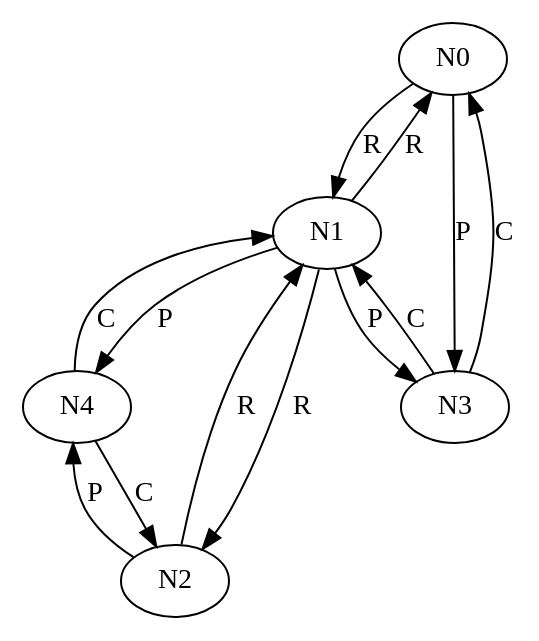
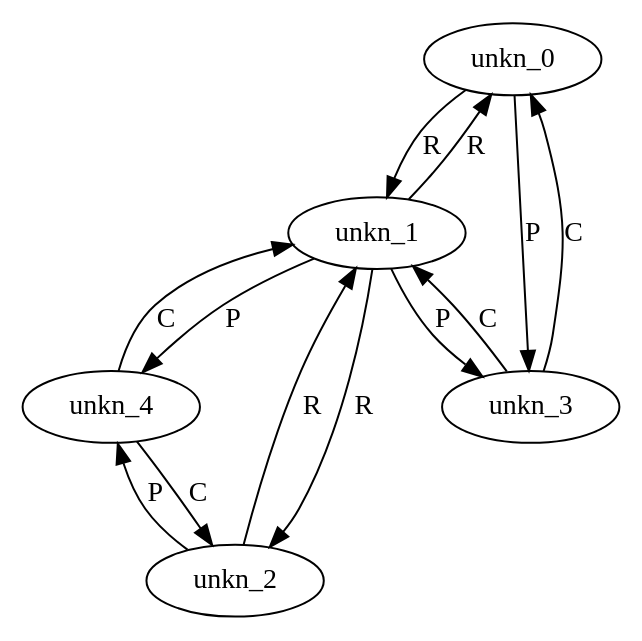
The diagram in half_siblings.dot (kaifastromai/kin), drawn with Graphviz before and after one commit. The commit also changed 39 other files, not shown here.

```diff
--- a/half_siblings.dot
+++ b/half_siblings.dot
@@ -1,19 +1,19 @@
 digraph Test {
-    N0[label="N0"];
-    N1[label="N1"];
-    N2[label="N2"];
-    N3[label="N3"];
-    N4[label="N4"];
-    N0 -> N3[label="P"];
-    N3 -> N0[label="C"];
-    N0 -> N1[label="R"];
-    N1 -> N0[label="R"];
-    N1 -> N3[label="P"];
-    N3 -> N1[label="C"];
-    N1 -> N4[label="P"];
-    N4 -> N1[label="C"];
-    N1 -> N2[label="R"];
-    N2 -> N1[label="R"];
-    N2 -> N4[label="P"];
-    N4 -> N2[label="C"];
+    unkn_0[label="unkn_0"];
+    unkn_1[label="unkn_1"];
+    unkn_2[label="unkn_2"];
+    unkn_3[label="unkn_3"];
+    unkn_4[label="unkn_4"];
+    unkn_0 -> unkn_3[label="P"];
+    unkn_3 -> unkn_0[label="C"];
+    unkn_0 -> unkn_1[label="R"];
+    unkn_1 -> unkn_0[label="R"];
+    unkn_1 -> unkn_3[label="P"];
+    unkn_3 -> unkn_1[label="C"];
+    unkn_1 -> unkn_4[label="P"];
+    unkn_4 -> unkn_1[label="C"];
+    unkn_1 -> unkn_2[label="R"];
+    unkn_2 -> unkn_1[label="R"];
+    unkn_2 -> unkn_4[label="P"];
+    unkn_4 -> unkn_2[label="C"];
 }
```
